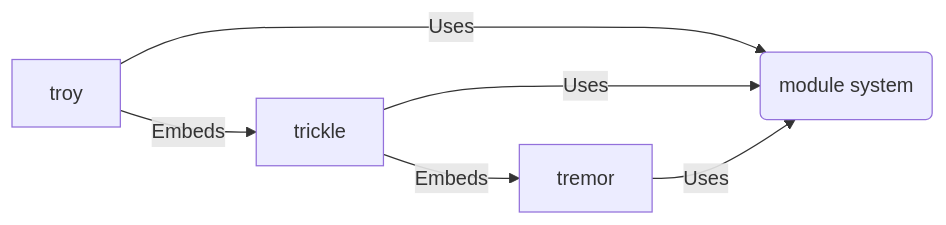
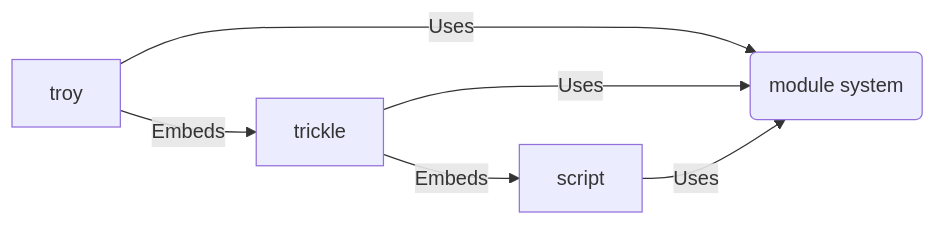
One commit to tremor-rs/tremor-www changed the fourth of 4 diagrams in _templates/language/reference/index.md. Above: the diagram before and after it, drawn with Mermaid. The commit also changed 2 other files, not shown here.

````diff
--- a/_templates/language/reference/index.md
+++ b/_templates/language/reference/index.md
@@ -186,8 +186,8 @@
 ```mermaid
 graph LR
     A[troy] -->|Uses| D(module system)
     B[trickle] --> |Uses| D
-    C[tremor] --> |Uses| D
+    C[script] --> |Uses| D
     A[troy] -->|Embeds| B
     B[trickle] --> |Embeds| C
 ```
````
